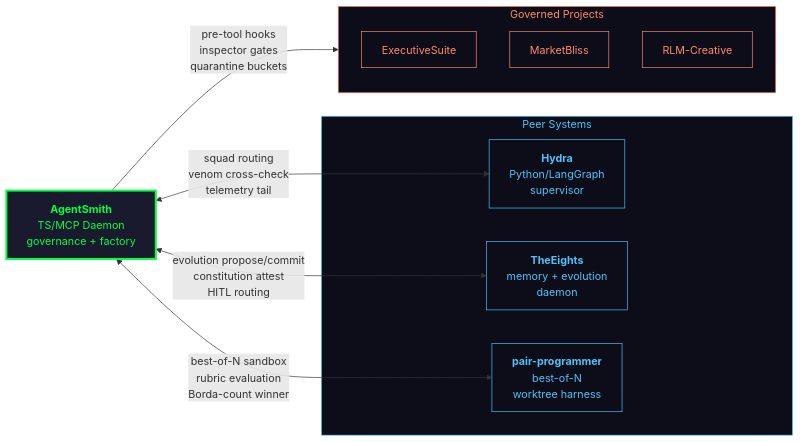
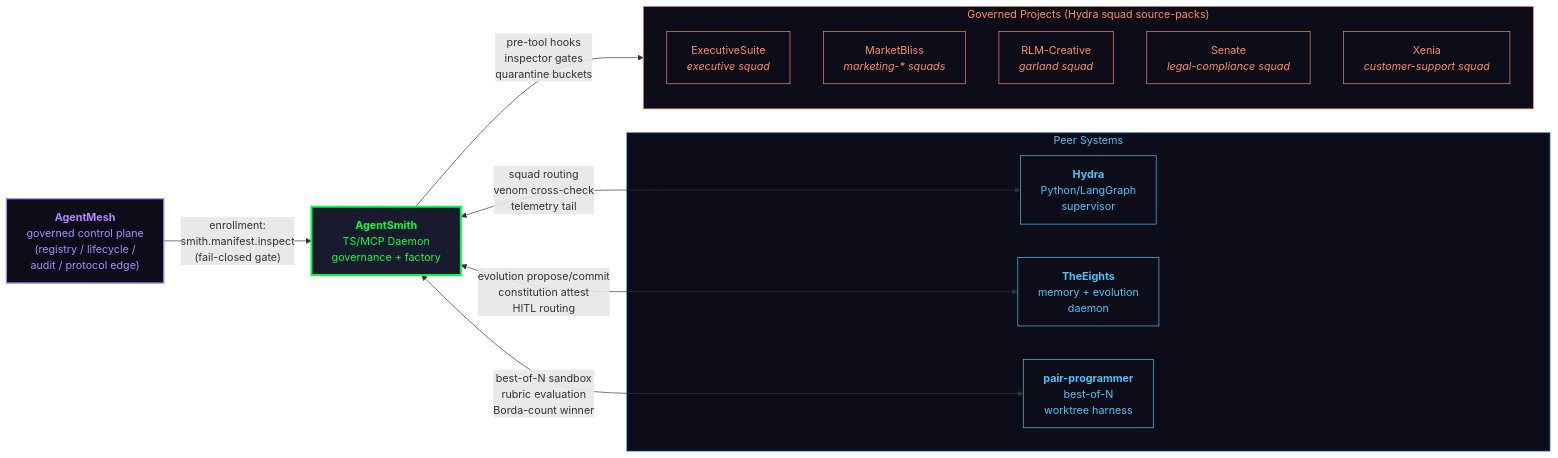
Before and after one commit to lebobo88/AgentSmith: the third of 3 diagrams in README.md, drawn with Mermaid. The commit also changed other lines of this file and 1 other file, not shown here.

First line of the commit message:
docs: add Senate + Xenia as governed projects; AgentMesh enrollment-inspection link

````diff
--- a/README.md
+++ b/README.md
@@ -275,32 +283,40 @@
 ```mermaid
 graph LR
     subgraph peers["Peer Systems"]
         H["<b>Hydra</b><br/>Python/LangGraph<br/>supervisor"]
         E["<b>TheEights</b><br/>memory + evolution<br/>daemon"]
         PP["<b>pair-programmer</b><br/>best-of-N<br/>worktree harness"]
     end
 
     AS["<b>AgentSmith</b><br/>TS/MCP Daemon<br/>governance + factory"]
 
     AS <-->|"squad routing<br/>venom cross-check<br/>telemetry tail"| H
     AS <-->|"evolution propose/commit<br/>constitution attest<br/>HITL routing"| E
     AS <-->|"best-of-N sandbox<br/>rubric evaluation<br/>Borda-count winner"| PP
 
-    subgraph governed["Governed Projects"]
-        ES["ExecutiveSuite"]
-        MB["MarketBliss"]
-        RC["RLM-Creative"]
+    subgraph governed["Governed Projects (Hydra squad source-packs)"]
+        ES["ExecutiveSuite<br/><i>executive squad</i>"]
+        MB["MarketBliss<br/><i>marketing-* squads</i>"]
+        RC["RLM-Creative<br/><i>garland squad</i>"]
+        SEN["Senate<br/><i>legal-compliance squad</i>"]
+        XEN["Xenia<br/><i>customer-support squad</i>"]
     end
 
     AS -->|"pre-tool hooks<br/>inspector gates<br/>quarantine buckets"| governed
+
+    AM["<b>AgentMesh</b><br/>governed control plane<br/>(registry / lifecycle /<br/>audit / protocol edge)"]
+    AM -->|"enrollment:<br/>smith.manifest.inspect<br/>(fail-closed gate)"| AS
 
     style AS fill:#1a1a2e,stroke:#00ff41,stroke-width:3px,color:#00ff41
     style peers fill:#0d0d1a,stroke:#4fc3f7,color:#4fc3f7
     style governed fill:#0d0d1a,stroke:#ff8a65,color:#ff8a65
     style H fill:#0d0d1a,stroke:#4fc3f7,color:#4fc3f7
     style E fill:#0d0d1a,stroke:#4fc3f7,color:#4fc3f7
     style PP fill:#0d0d1a,stroke:#4fc3f7,color:#4fc3f7
     style ES fill:#0d0d1a,stroke:#ff8a65,color:#ff8a65
     style MB fill:#0d0d1a,stroke:#ff8a65,color:#ff8a65
     style RC fill:#0d0d1a,stroke:#ff8a65,color:#ff8a65
+    style SEN fill:#0d0d1a,stroke:#ff8a65,color:#ff8a65
+    style XEN fill:#0d0d1a,stroke:#ff8a65,color:#ff8a65
+    style AM fill:#0d0d1a,stroke:#b388ff,stroke-width:2px,color:#b388ff
 ```
````
